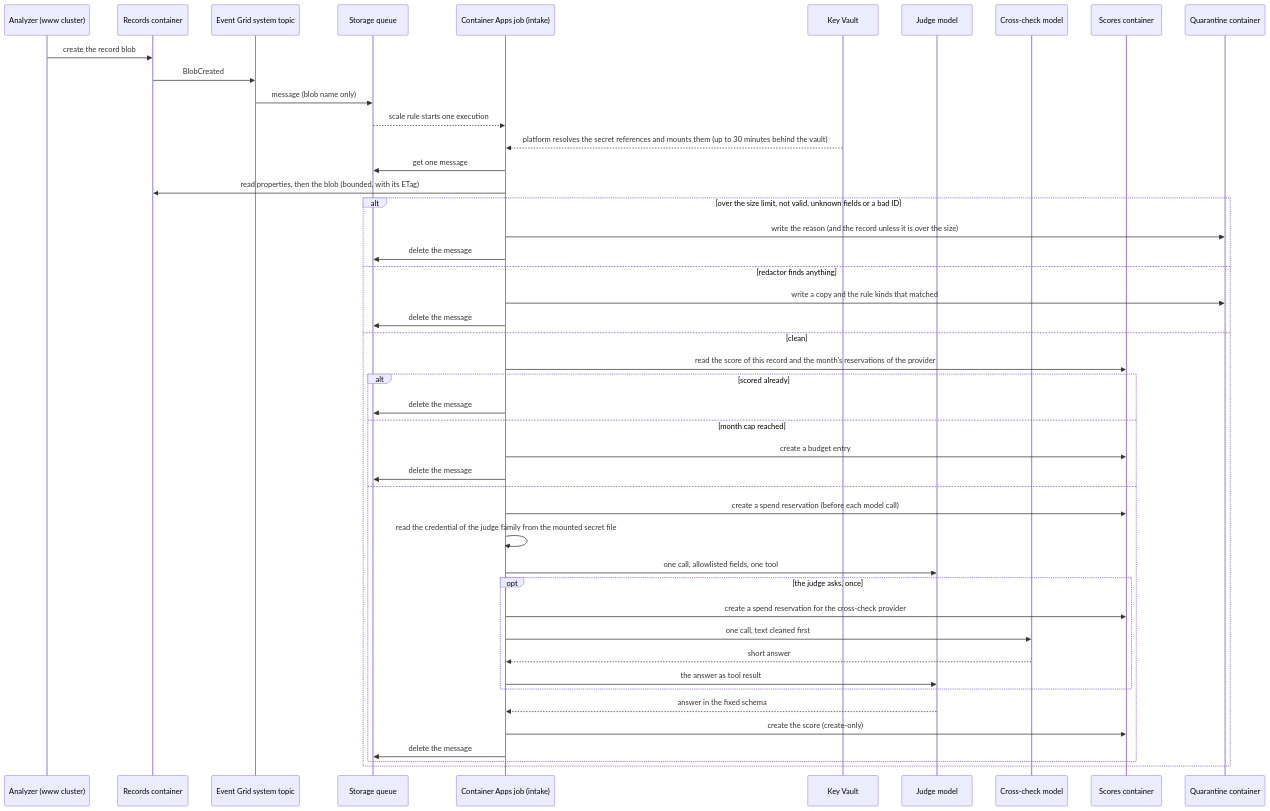
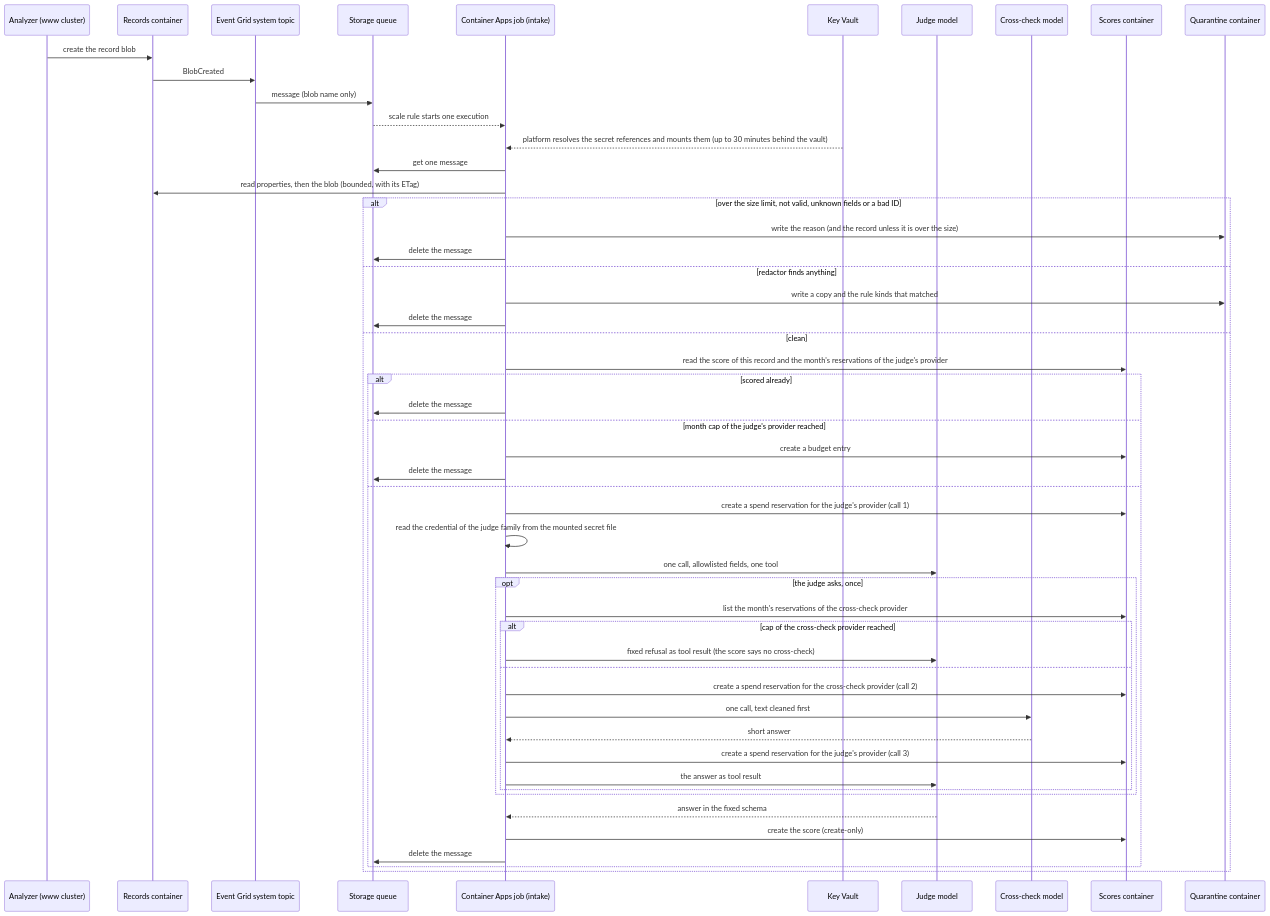
One commit to pkalin/shadewright changed the diagram in docs/adr/0047-scoring-analysis-records-outside-the-cluster.md. Above: the diagram before and after it, drawn with Mermaid. The commit also changed other lines of this file, not shown here.

Commit message:
docs(adr): correct ADR-0047 reservations, names, limits and rotation

````diff
--- a/docs/adr/0047-scoring-analysis-records-outside-the-cluster.md
+++ b/docs/adr/0047-scoring-analysis-records-outside-the-cluster.md
@@ -39,48 +39,54 @@
 ```mermaid
 sequenceDiagram
     participant A as Analyzer (www cluster)
     participant R as Records container
     participant G as Event Grid system topic
     participant Q as Storage queue
     participant J as Container Apps job (intake)
     participant K as Key Vault
     participant M as Judge model
     participant X as Cross-check model
     participant S as Scores container
     participant U as Quarantine container
     A->>R: create the record blob
     R->>G: BlobCreated
     G->>Q: message (blob name only)
     Q-->>J: scale rule starts one execution
     K-->>J: platform resolves the secret references and mounts them (up to 30 minutes behind the vault)
     J->>Q: get one message
     J->>R: read properties, then the blob (bounded, with its ETag)
     alt over the size limit, not valid, unknown fields or a bad ID
         J->>U: write the reason (and the record unless it is over the size)
         J->>Q: delete the message
     else redactor finds anything
         J->>U: write a copy and the rule kinds that matched
         J->>Q: delete the message
     else clean
-        J->>S: read the score of this record and the month's reservations of the provider
+        J->>S: read the score of this record and the month's reservations of the judge's provider
         alt scored already
             J->>Q: delete the message
-        else month cap reached
+        else month cap of the judge's provider reached
             J->>S: create a budget entry
             J->>Q: delete the message
         else
-            J->>S: create a spend reservation (before each model call)
+            J->>S: create a spend reservation for the judge's provider (call 1)
             J->>J: read the credential of the judge family from the mounted secret file
             J->>M: one call, allowlisted fields, one tool
             opt the judge asks, once
-                J->>S: create a spend reservation for the cross-check provider
-                J->>X: one call, text cleaned first
-                X-->>J: short answer
-                J->>M: the answer as tool result
+                J->>S: list the month's reservations of the cross-check provider
+                alt cap of the cross-check provider reached
+                    J->>M: fixed refusal as tool result (the score says no cross-check)
+                else
+                    J->>S: create a spend reservation for the cross-check provider (call 2)
+                    J->>X: one call, text cleaned first
+                    X-->>J: short answer
+                    J->>S: create a spend reservation for the judge's provider (call 3)
+                    J->>M: the answer as tool result
+                end
             end
             M-->>J: answer in the fixed schema
             J->>S: create the score (create-only)
             J->>Q: delete the message
         end
     end
 ```
````
